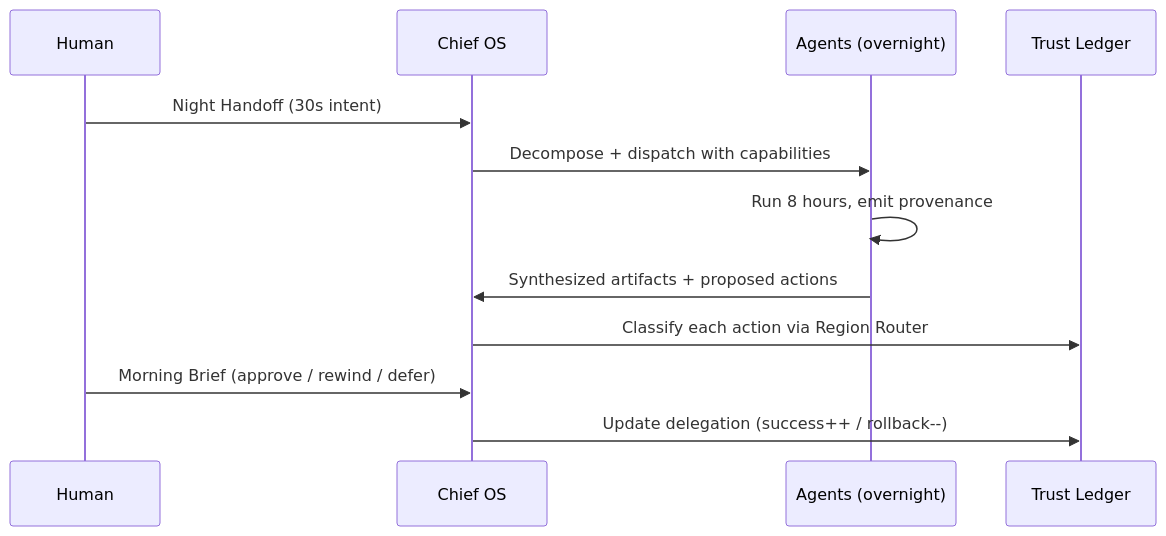
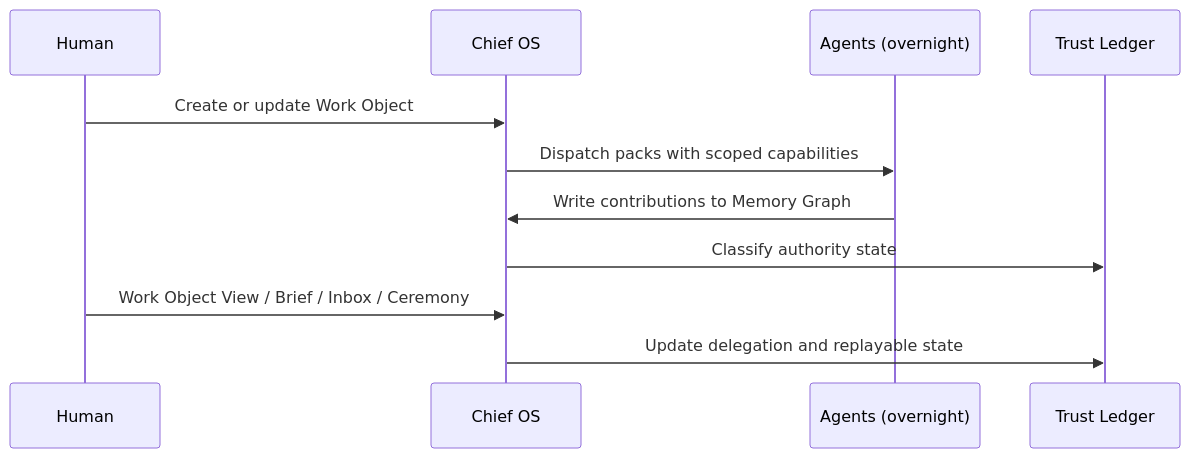
Before and after one commit to santoshkumarradha/ChiefOS: the diagram in docs/00-north-star.md, drawn with Mermaid. The commit also changed other lines of this file and 1 other file, not shown here.

Commit message:
docs(product): clarify Work Object user value

````diff
--- a/docs/00-north-star.md
+++ b/docs/00-north-star.md
@@ -22,15 +22,14 @@
 ```mermaid
 sequenceDiagram
     participant H as Human
     participant C as Chief OS
     participant Ag as Agents (overnight)
     participant L as Trust Ledger
 
-    H->>C: Night Handoff (30s intent)
-    C->>Ag: Decompose + dispatch with capabilities
-    Ag->>Ag: Run 8 hours, emit provenance
-    Ag->>C: Synthesized artifacts + proposed actions
-    C->>L: Classify each action via Region Router
-    H->>C: Morning Brief (approve / rewind / defer)
-    C->>L: Update delegation (success++ / rollback--)
+    H->>C: Create or update Work Object
+    C->>Ag: Dispatch packs with scoped capabilities
+    Ag->>C: Write contributions to Memory Graph
+    C->>L: Classify authority state
+    H->>C: Work Object View / Brief / Inbox / Ceremony
+    C->>L: Update delegation and replayable state
 ```
````
